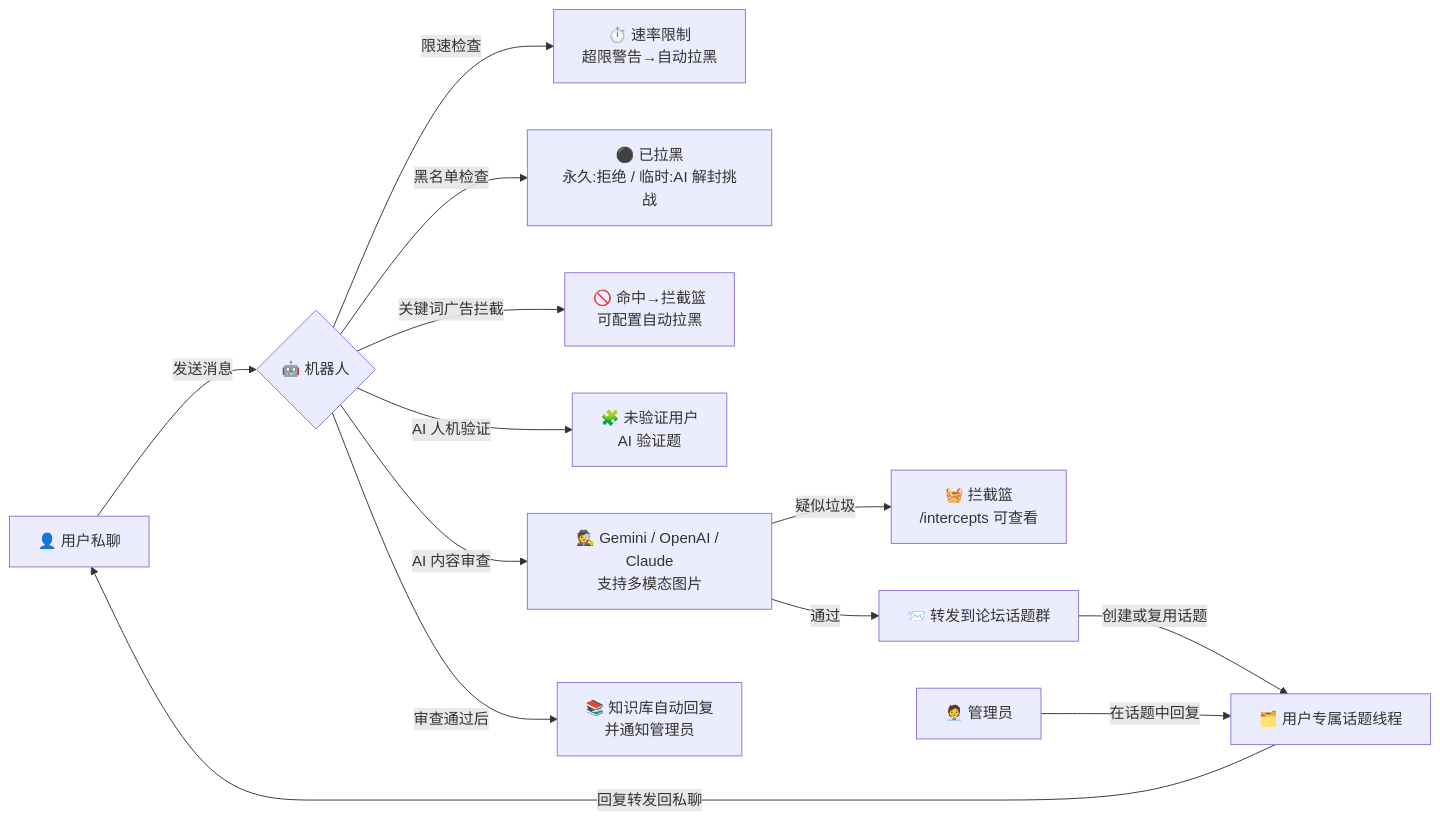
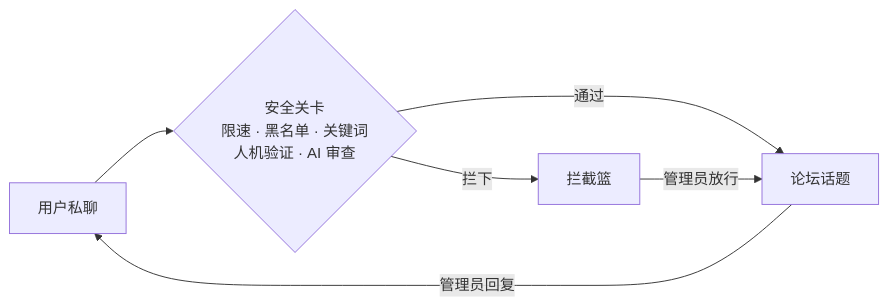
Before and after one commit to PivKeyU/pivkeyu_pmbot: the diagram in README.md, drawn with Mermaid. The commit also changed other lines of this file and 19 other files, not shown here.

````diff
--- a/README.md
+++ b/README.md
@@ -505,15 +83,8 @@
 ```mermaid
 flowchart LR
-    U[👤 用户私聊] -->|发送消息| B{🤖 机器人}
-    B -->|限速检查| RL[⏱️ 速率限制<br/>超限警告→自动拉黑]
-    B -->|黑名单检查| BL[⚫ 已拉黑<br/>永久:拒绝 / 临时:AI 解封挑战]
-    B -->|关键词广告拦截| SF[🚫 命中→拦截篮<br/>可配置自动拉黑]
-    B -->|AI 人机验证| V[🧩 未验证用户<br/>AI 验证题]
-    B -->|AI 内容审查| AI[🕵️ Gemini / OpenAI / Claude<br/>支持多模态图片]
-    AI -->|疑似垃圾| FB[🧺 拦截篮<br/>/intercepts 可查看]
-    AI -->|通过| F[📨 转发到论坛话题群]
-    F -->|创建或复用话题| T[🗂️ 用户专属话题线程]
-    A[🧑‍💼 管理员] -->|在话题中回复| T
-    T -->|回复转发回私聊| U
-    B -->|审查通过后| AR[📚 知识库自动回复<br/>并通知管理员]
+    U[用户私聊] --> G{安全关卡<br/>限速 · 黑名单 · 关键词<br/>人机验证 · AI 审查}
+    G -->|通过| T[论坛话题]
+    G -->|拦下| B[拦截篮]
+    B -->|管理员放行| T
+    T -->|管理员回复| U
 ```
````
